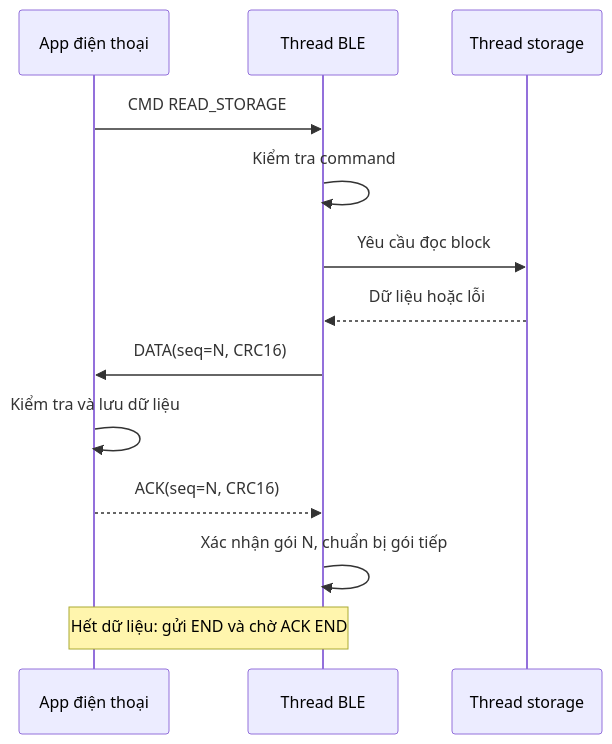
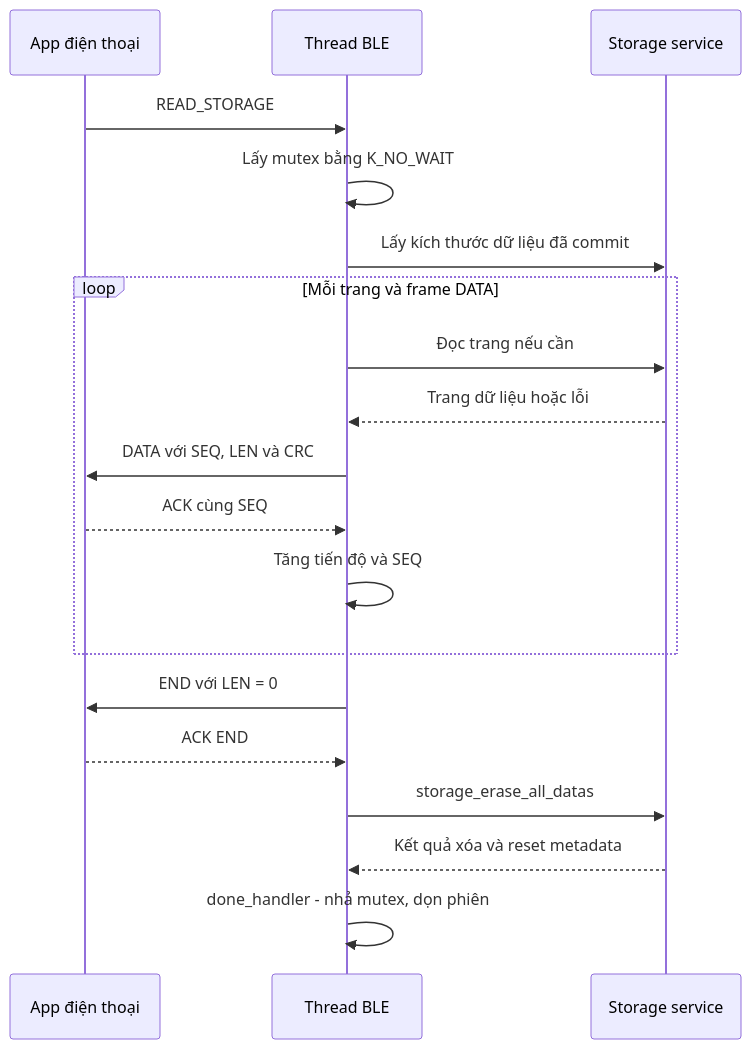
Before and after one commit to kietnq1606/holter-chest-node: the seventh of 14 diagrams in applications/app_design.md, drawn with Mermaid. The commit also changed other lines of this file and 8 other files, not shown here.

Commit message:
update processing for storage thread

````diff
--- a/applications/app_design.md
+++ b/applications/app_design.md
@@ -40,15 +165,21 @@
 ```mermaid
 sequenceDiagram
     participant App as App điện thoại
     participant BLE as Thread BLE
-    participant Storage as Thread storage
-    App->>BLE: CMD READ_STORAGE
-    BLE->>BLE: Kiểm tra command
-    BLE->>Storage: Yêu cầu đọc block
-    Storage-->>BLE: Dữ liệu hoặc lỗi
-    BLE->>App: DATA(seq=N, CRC16)
-    App->>App: Kiểm tra và lưu dữ liệu
-    App-->>BLE: ACK(seq=N, CRC16)
-    BLE->>BLE: Xác nhận gói N, chuẩn bị gói tiếp
-    Note over BLE,App: Hết dữ liệu: gửi END và chờ ACK END
+    participant Storage as Storage service
+    App->>BLE: READ_STORAGE
+    BLE->>BLE: Lấy mutex bằng K_NO_WAIT
+    BLE->>Storage: Lấy kích thước dữ liệu đã commit
+    loop Mỗi trang và frame DATA
+        BLE->>Storage: Đọc trang nếu cần
+        Storage-->>BLE: Trang dữ liệu hoặc lỗi
+        BLE->>App: DATA với SEQ, LEN và CRC
+        App-->>BLE: ACK cùng SEQ
+        BLE->>BLE: Tăng tiến độ và SEQ
+    end
+    BLE->>App: END với LEN = 0
+    App-->>BLE: ACK END
+    BLE->>Storage: storage_erase_all_datas
+    Storage-->>BLE: Kết quả xóa và reset metadata
+    BLE->>BLE: done_handler - nhả mutex, dọn phiên
 ```
````
